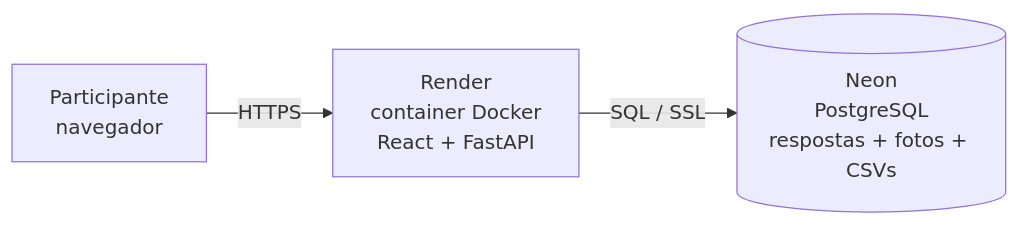
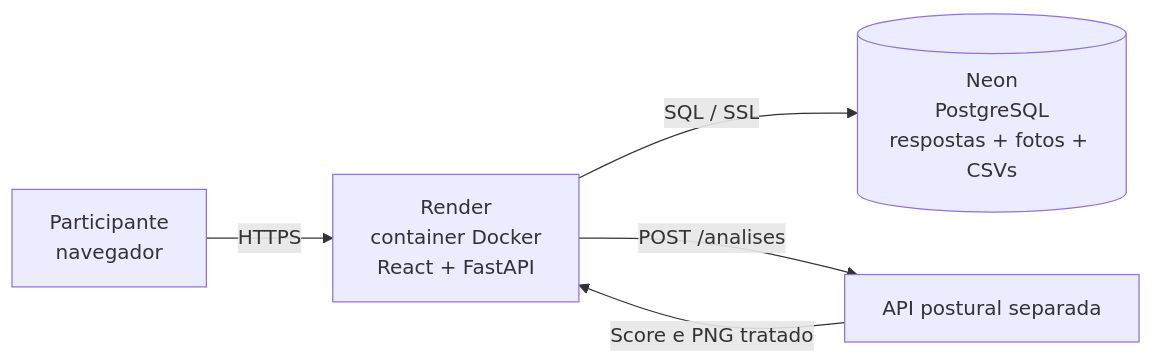
One commit to DaviMeiraV/Tcc-projeto changed the diagram in docs/DEPLOY.md. Above: the diagram before and after it, drawn with Mermaid. The commit also changed other lines of this file and 20 other files, not shown here.

````diff
--- a/docs/DEPLOY.md
+++ b/docs/DEPLOY.md
@@ -12,5 +18,7 @@
 ```mermaid
 flowchart LR
     U[Participante<br/>navegador] -->|HTTPS| R[Render<br/>container Docker<br/>React + FastAPI]
     R -->|SQL / SSL| N[(Neon<br/>PostgreSQL<br/>respostas + fotos + CSVs)]
+    R -->|POST /analises| P[API postural separada]
+    P -->|Score e PNG tratado| R
 ```
````
